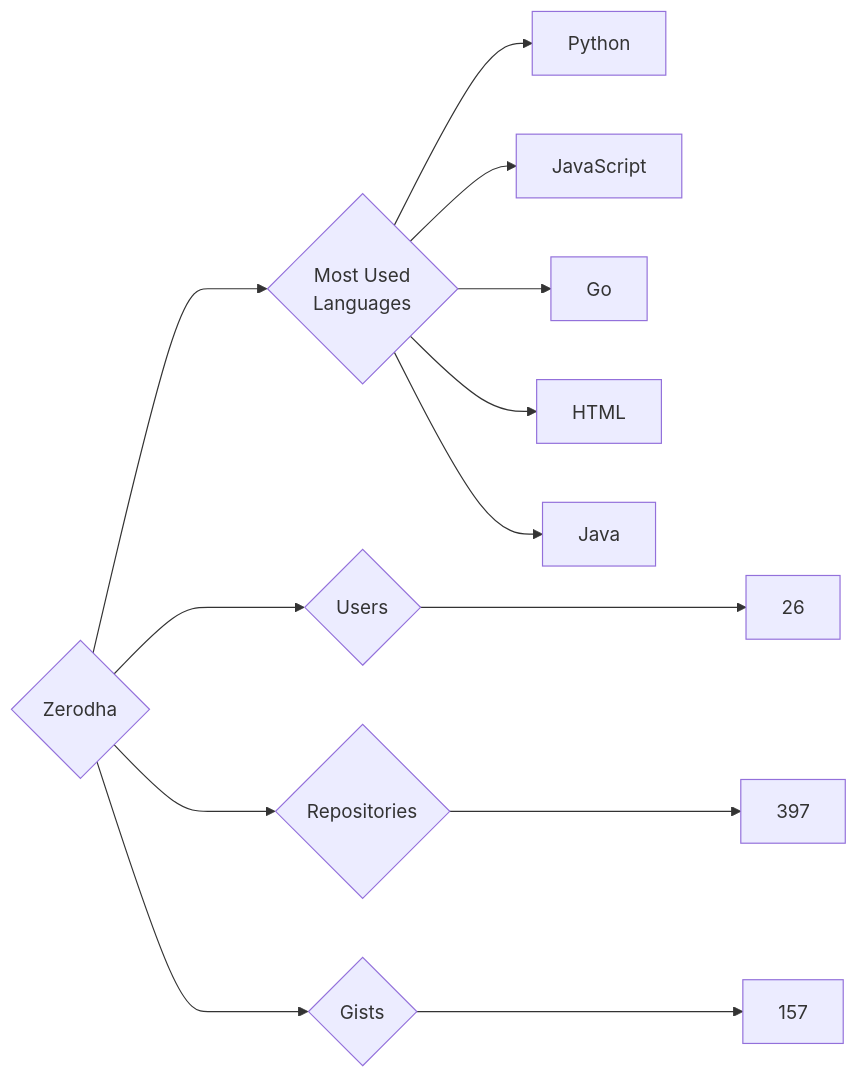
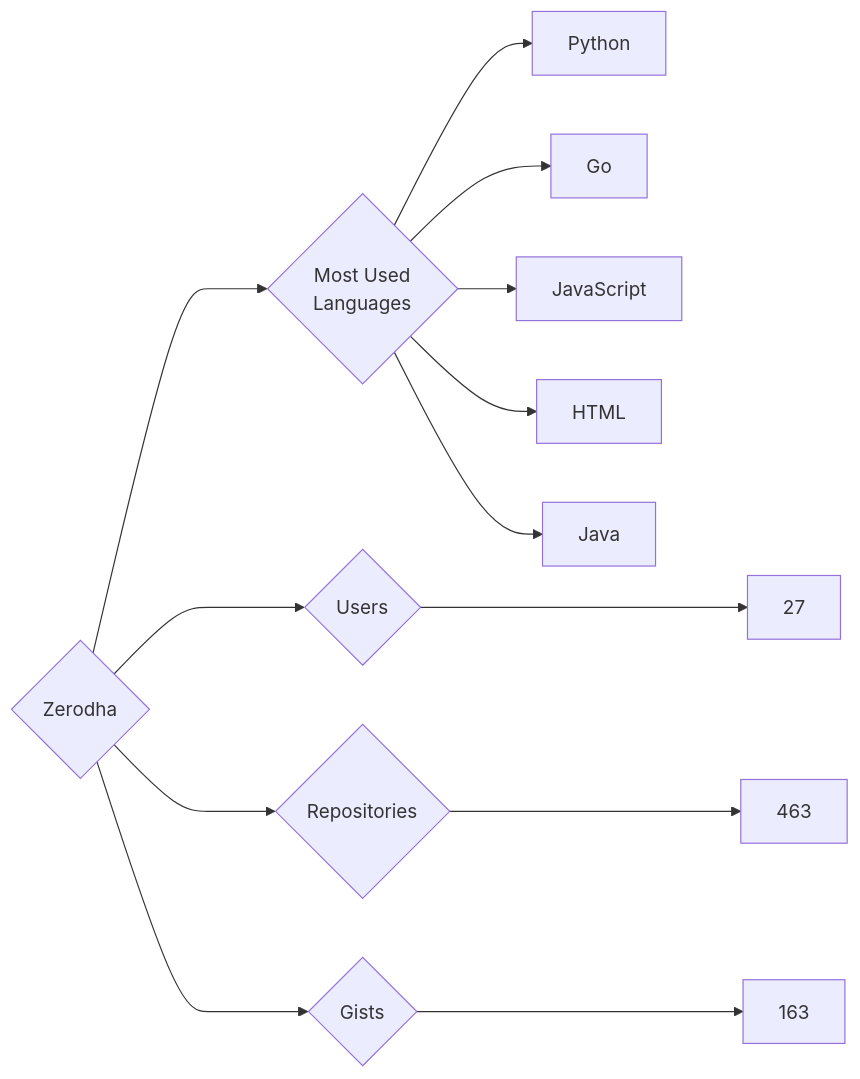
The diagram in targets/Zerodha/README.md (trickest/insiders), drawn with Mermaid before and after one commit. The commit also changed 964 other files, not shown here.

````diff
--- a/targets/Zerodha/README.md
+++ b/targets/Zerodha/README.md
@@ -3,13 +3,13 @@
 ```mermaid
 graph LR
 COMPANY_NAME{Zerodha}
-COMPANY_NAME ---> U{Users} ---> UN[26]
-COMPANY_NAME ---> R{Repositories} ---> RN[397]
-COMPANY_NAME ---> G{Gists} ---> GN[157]
+COMPANY_NAME ---> U{Users} ---> UN[27]
+COMPANY_NAME ---> R{Repositories} ---> RN[463]
+COMPANY_NAME ---> G{Gists} ---> GN[163]
 COMPANY_NAME ---> ML{Most Used<br>Languages}
 ML --> Python[Python]
+ML --> Go[Go]
 ML --> JavaScript[JavaScript]
-ML --> Go[Go]
 ML --> HTML[HTML]
 ML --> Java[Java]
 ```
````
